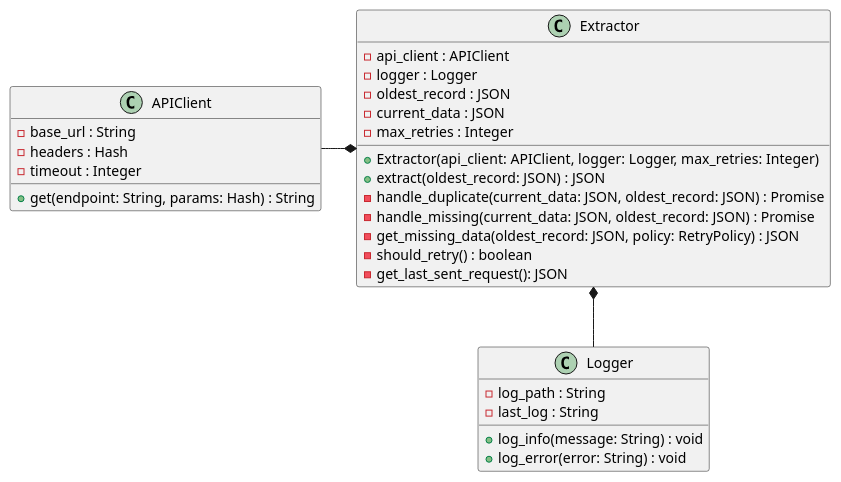
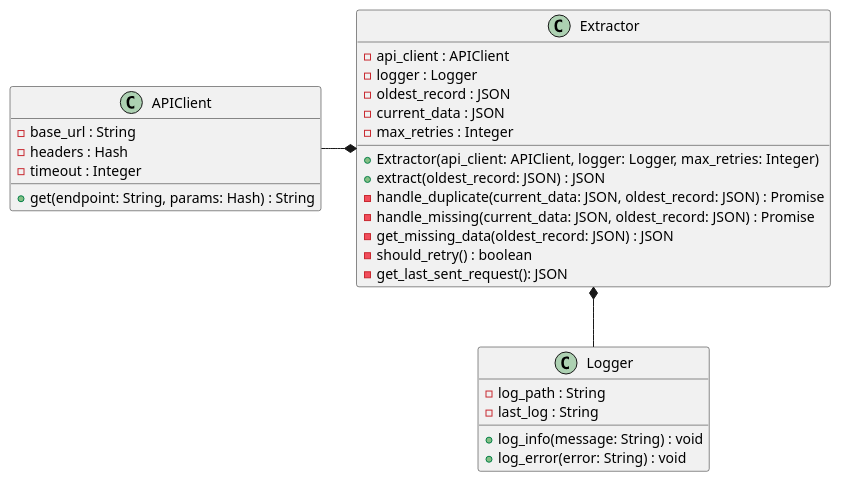
One commit to CPNV-ES-BI1-SBB/EXTERNAL-SOURCE-EXTRACT changed the diagram in docs/class_diagram.puml. Above: the diagram before and after it, drawn with PlantUML.

Commit message:
docs: remove retrypolicy from class_diagram

```diff
--- a/docs/class_diagram.puml
+++ b/docs/class_diagram.puml
@@ -1,34 +1,34 @@
 @startuml
 class Extractor {
   - api_client : APIClient
   - logger : Logger
   - oldest_record : JSON
   - current_data : JSON
   - max_retries : Integer
   + Extractor(api_client: APIClient, logger: Logger, max_retries: Integer)
   + extract(oldest_record: JSON) : JSON
   - handle_duplicate(current_data: JSON, oldest_record: JSON) : Promise
   - handle_missing(current_data: JSON, oldest_record: JSON) : Promise
-  - get_missing_data(oldest_record: JSON, policy: RetryPolicy) : JSON
+  - get_missing_data(oldest_record: JSON) : JSON
   - should_retry() : boolean
   - get_last_sent_request(): JSON
 }
 
 class APIClient {
   - base_url : String
   - headers : Hash
   - timeout : Integer
   + get(endpoint: String, params: Hash) : String
 }
 
 class Logger {
   - log_path : String
   - last_log : String
   + log_info(message: String) : void
   + log_error(error: String) : void
 }
 
 Logger -up-*  Extractor
 APIClient -right-*  Extractor
 
 @enduml
```
